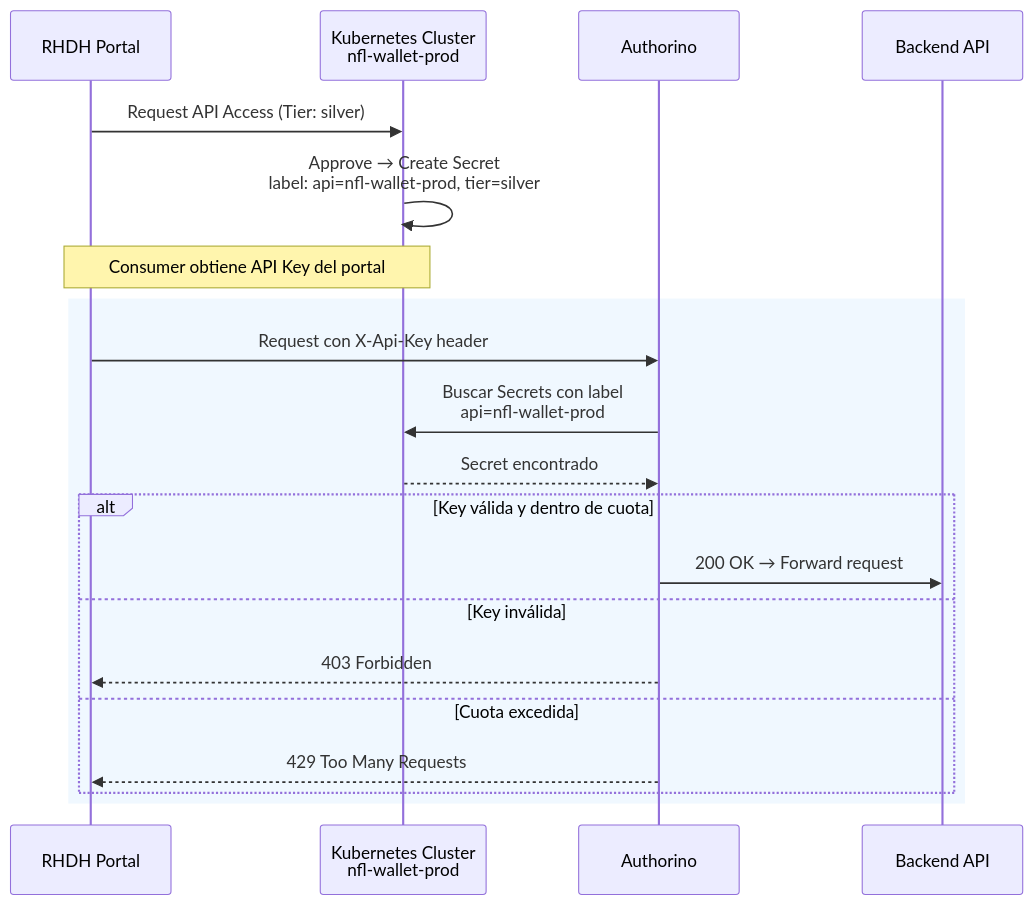
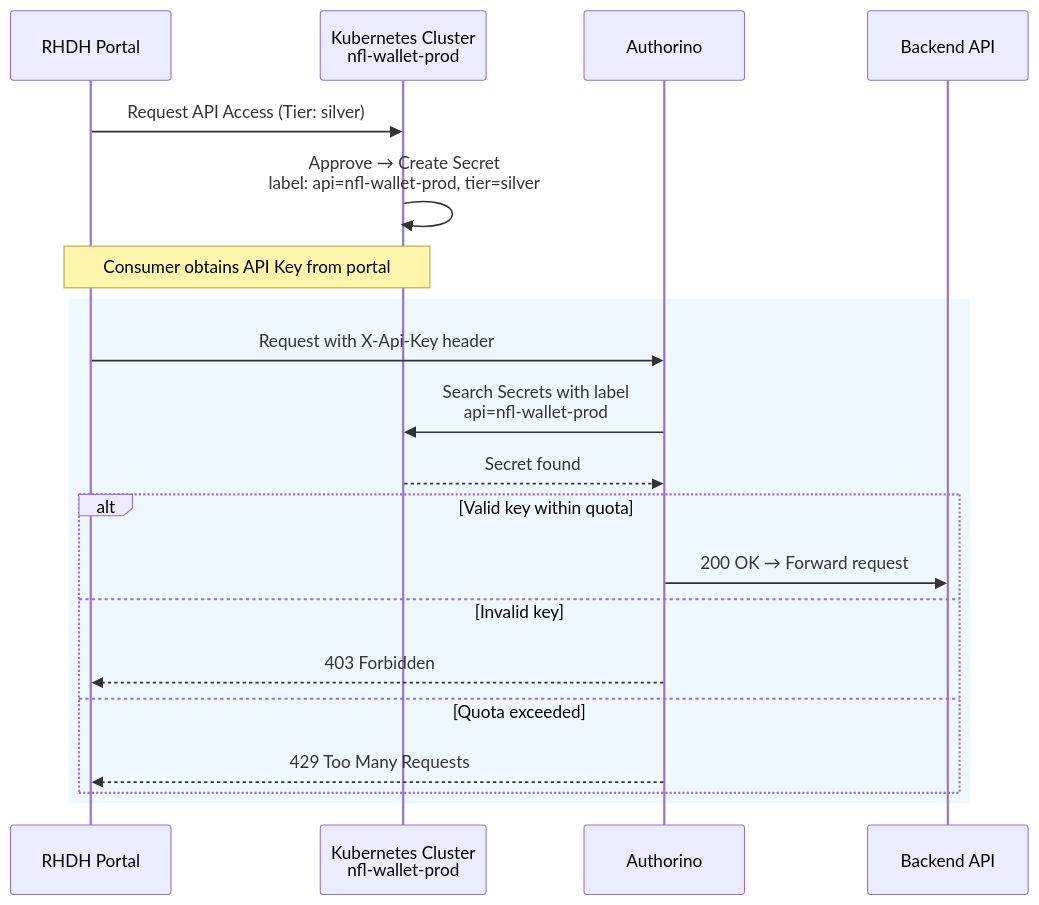
The fourth of 4 diagrams in docs/index.md (maximilianoPizarro/stadium-wallet), drawn with Mermaid before and after one commit. The commit also changed other lines of this file and 11 other files, not shown here.

````diff
--- a/docs/index.md
+++ b/docs/index.md
@@ -1313,25 +1313,25 @@
 ```mermaid
 sequenceDiagram
     participant Portal as RHDH Portal
     participant K8s as Kubernetes Cluster<br/>nfl-wallet-prod
     participant Auth as Authorino
     participant Backend as Backend API
 
     Portal->>K8s: Request API Access (Tier: silver)
     K8s->>K8s: Approve → Create Secret<br/>label: api=nfl-wallet-prod, tier=silver
 
-    Note over Portal,K8s: Consumer obtiene API Key del portal
+    Note over Portal,K8s: Consumer obtains API Key from portal
 
     rect rgb(240, 248, 255)
-        Portal->>Auth: Request con X-Api-Key header
-        Auth->>K8s: Buscar Secrets con label<br/>api=nfl-wallet-prod
-        K8s-->>Auth: Secret encontrado
-        alt Key válida y dentro de cuota
+        Portal->>Auth: Request with X-Api-Key header
+        Auth->>K8s: Search Secrets with label<br/>api=nfl-wallet-prod
+        K8s-->>Auth: Secret found
+        alt Valid key within quota
             Auth->>Backend: 200 OK → Forward request
-        else Key inválida
+        else Invalid key
             Auth-->>Portal: 403 Forbidden
-        else Cuota excedida
+        else Quota exceeded
             Auth-->>Portal: 429 Too Many Requests
         end
     end
 ```
````
